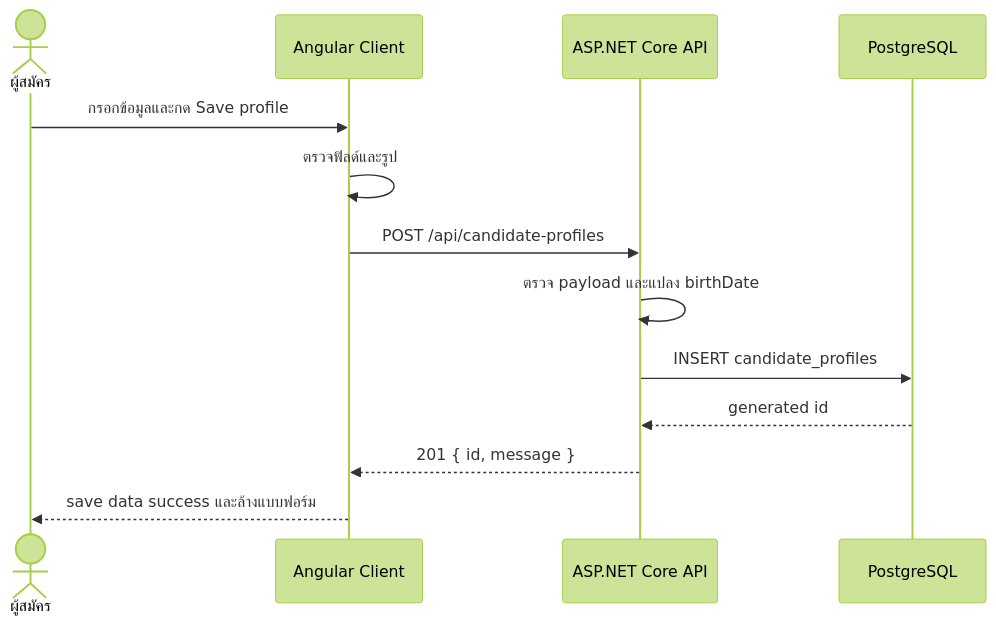
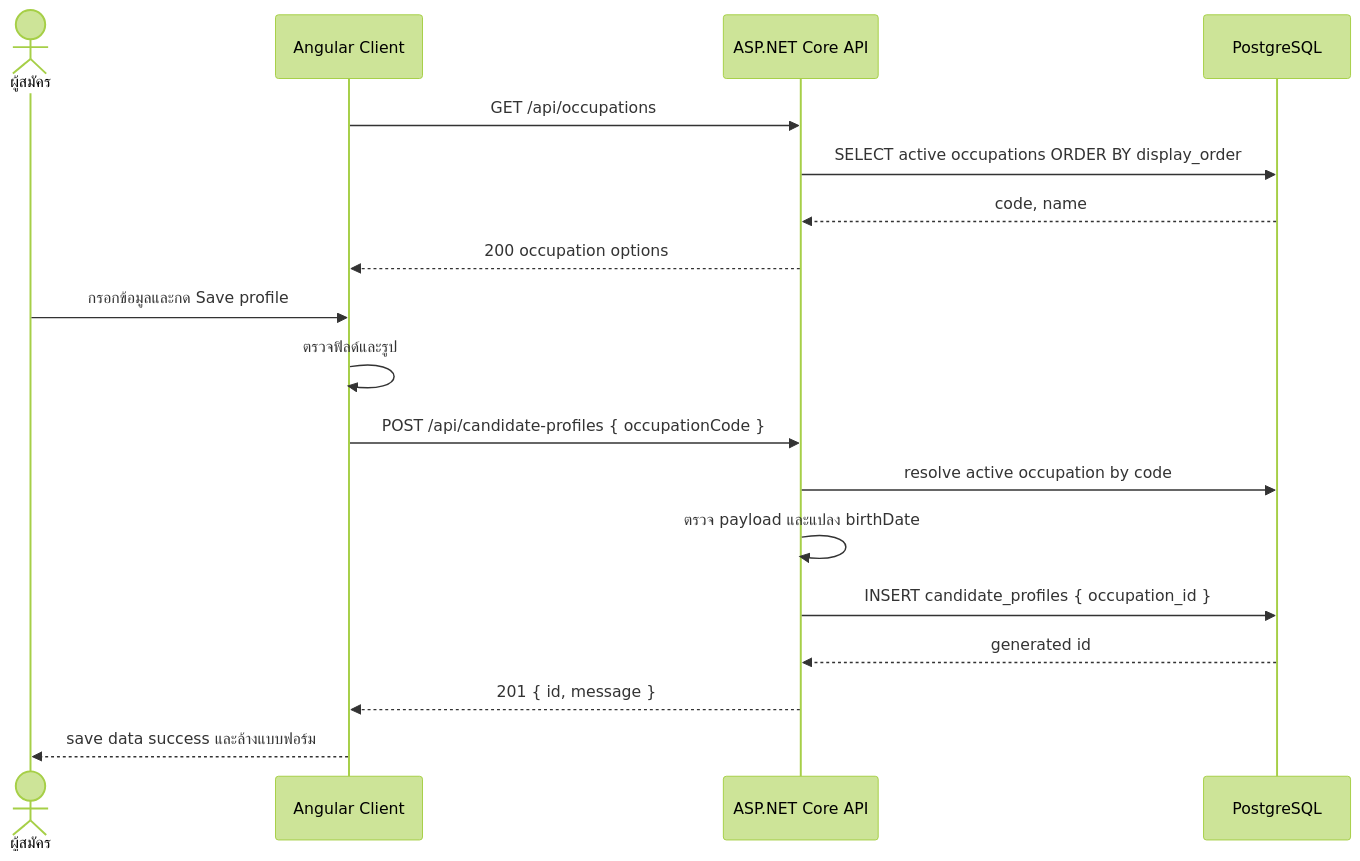
The diagram in design-new/04-arch-desc/01-candidate-profile/runtime-views/rv-cp-01-save-profile.md (baramesh/interview-question-004), drawn with Mermaid (forest theme) before and after one commit. The commit also changed other lines of this file and 44 other files, not shown here.

````diff
--- a/design-new/04-arch-desc/01-candidate-profile/runtime-views/rv-cp-01-save-profile.md
+++ b/design-new/04-arch-desc/01-candidate-profile/runtime-views/rv-cp-01-save-profile.md
@@ -12,15 +12,20 @@
 ```mermaid
 sequenceDiagram
   actor Applicant as ผู้สมัคร
   participant Client as Angular Client
   participant Api as ASP.NET Core API
   participant Db as PostgreSQL
+  Client->>Api: GET /api/occupations
+  Api->>Db: SELECT active occupations ORDER BY display_order
+  Db-->>Api: code, name
+  Api-->>Client: 200 occupation options
   Applicant->>Client: กรอกข้อมูลและกด Save profile
   Client->>Client: ตรวจฟิลด์และรูป
-  Client->>Api: POST /api/candidate-profiles
+  Client->>Api: POST /api/candidate-profiles { occupationCode }
+  Api->>Db: resolve active occupation by code
   Api->>Api: ตรวจ payload และแปลง birthDate
-  Api->>Db: INSERT candidate_profiles
+  Api->>Db: INSERT candidate_profiles { occupation_id }
   Db-->>Api: generated id
   Api-->>Client: 201 { id, message }
   Client-->>Applicant: save data success และล้างแบบฟอร์ม
 ```
````
